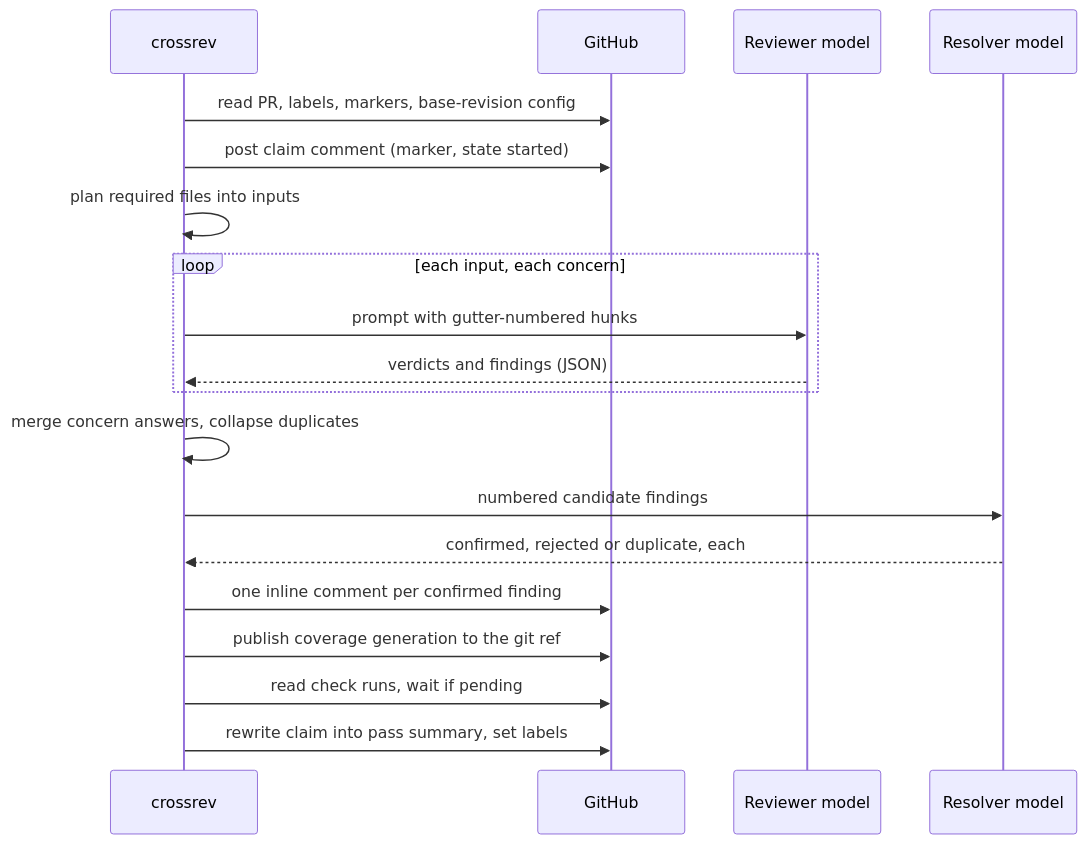
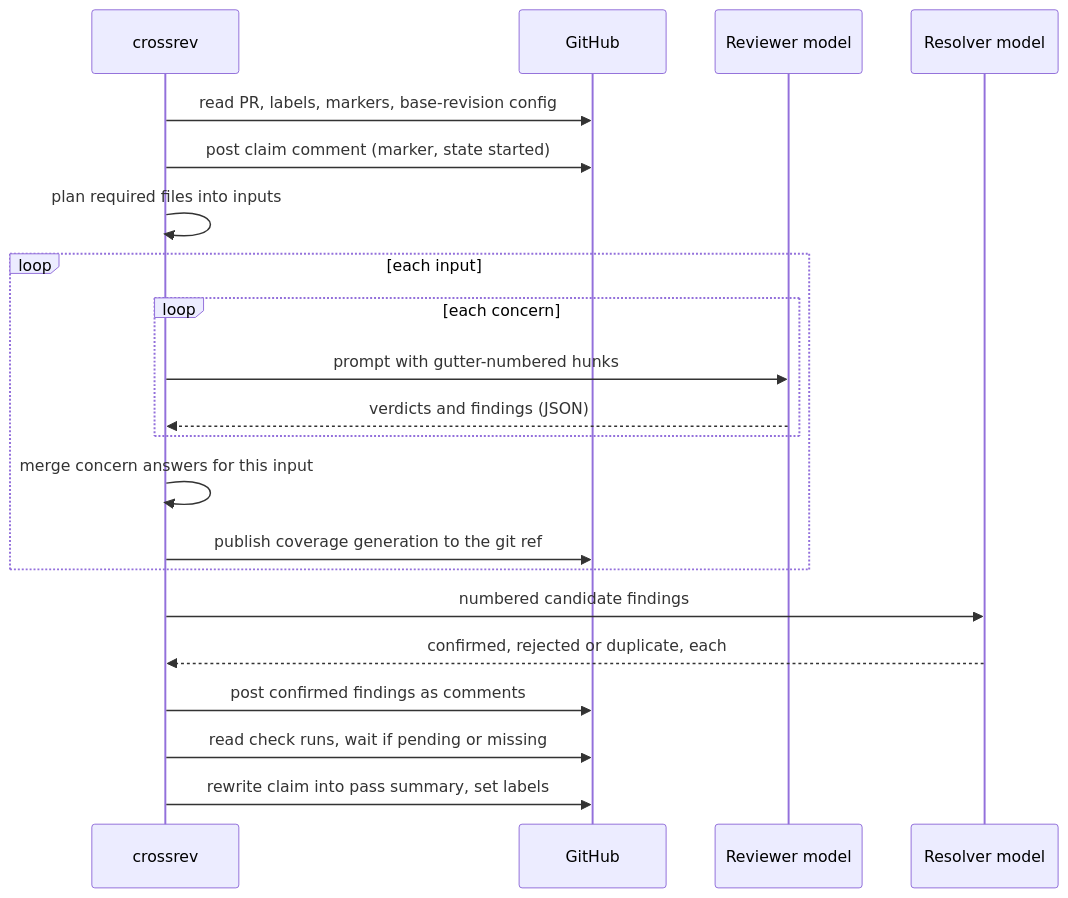
The third of 7 diagrams in docs/architecture.md (carlosboeing/crossrev), drawn with Mermaid before and after one commit. The commit also changed other lines of this file, not shown here.

First line of the commit message:
docs(architecture): correct the flow, limits and gates the review found

````diff
--- a/docs/architecture.md
+++ b/docs/architecture.md
@@ -109,21 +110,23 @@
 ```mermaid
 sequenceDiagram
     participant O as crossrev
     participant G as GitHub
     participant R as Reviewer model
     participant C as Resolver model
     O->>G: read PR, labels, markers, base-revision config
     O->>G: post claim comment (marker, state started)
     O->>O: plan required files into inputs
-    loop each input, each concern
-        O->>R: prompt with gutter-numbered hunks
-        R-->>O: verdicts and findings (JSON)
+    loop each input
+        loop each concern
+            O->>R: prompt with gutter-numbered hunks
+            R-->>O: verdicts and findings (JSON)
+        end
+        O->>O: merge concern answers for this input
+        O->>G: publish coverage generation to the git ref
     end
-    O->>O: merge concern answers, collapse duplicates
     O->>C: numbered candidate findings
     C-->>O: confirmed, rejected or duplicate, each
-    O->>G: one inline comment per confirmed finding
-    O->>G: publish coverage generation to the git ref
-    O->>G: read check runs, wait if pending
+    O->>G: post confirmed findings as comments
+    O->>G: read check runs, wait if pending or missing
     O->>G: rewrite claim into pass summary, set labels
 ```
````
